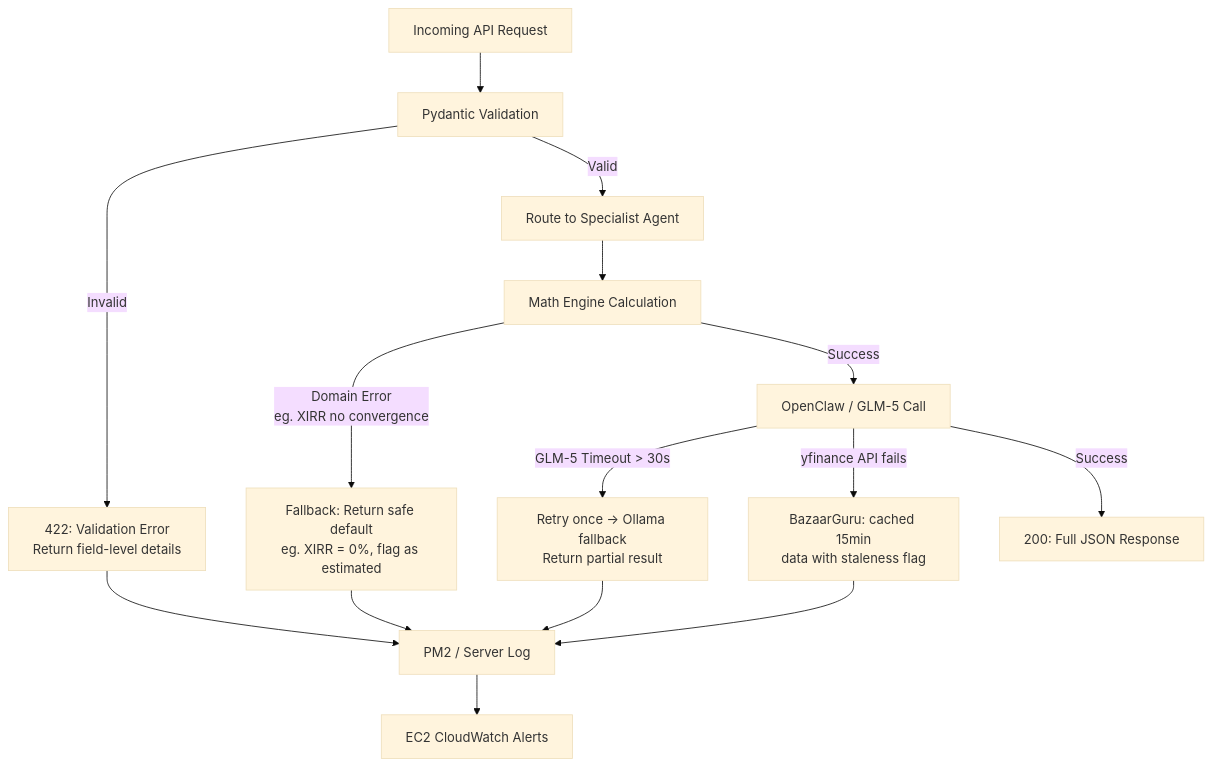
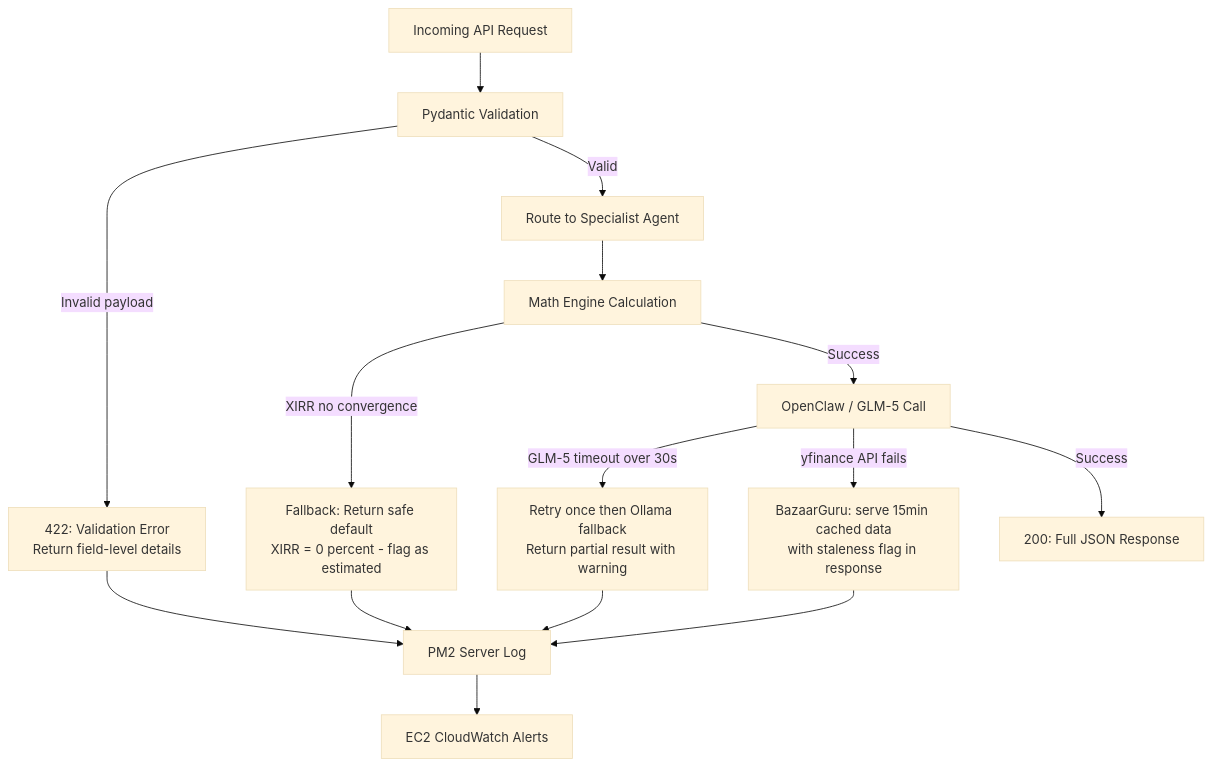
Before and after one commit to Devguru-codes/AI-Money-Mentor: the third of 4 diagrams in ARCHITECTURE_DOCUMENT.md, drawn with Mermaid (base theme). The commit also changed other lines of this file and 1 other file, not shown here.

Commit message:
fix: repair all Mermaid diagram syntax in ARCHITECTURE_DOCUMENT and IMPACT_MODEL

````diff
--- a/ARCHITECTURE_DOCUMENT.md
+++ b/ARCHITECTURE_DOCUMENT.md
@@ -116,17 +122,17 @@
 ```mermaid
 flowchart TD
     Request["Incoming API Request"] --> Validate["Pydantic Validation"]
-    Validate -->|"Invalid"| E1["422: Validation Error\nReturn field-level details"]
+    Validate -->|"Invalid payload"| E1["422: Validation Error<br/>Return field-level details"]
     Validate -->|"Valid"| Agent["Route to Specialist Agent"]
     Agent --> Math["Math Engine Calculation"]
-    Math -->|"Domain Error\neg. XIRR no convergence"| E2["Fallback: Return safe default\neg. XIRR = 0%, flag as estimated"]
+    Math -->|"XIRR no convergence"| E2["Fallback: Return safe default<br/>XIRR = 0 percent - flag as estimated"]
     Math -->|"Success"| LLM["OpenClaw / GLM-5 Call"]
-    LLM -->|"GLM-5 Timeout > 30s"| E3["Retry once → Ollama fallback\nReturn partial result"]
-    LLM -->|"yfinance API fails"| E4["BazaarGuru: cached 15min\ndata with staleness flag"]
+    LLM -->|"GLM-5 timeout over 30s"| E3["Retry once then Ollama fallback<br/>Return partial result with warning"]
+    LLM -->|"yfinance API fails"| E4["BazaarGuru: serve 15min cached data<br/>with staleness flag in response"]
     LLM -->|"Success"| Response["200: Full JSON Response"]
-    E1 --> Log["PM2 / Server Log"]
+    E1 --> Log["PM2 Server Log"]
     E2 --> Log
     E3 --> Log
     E4 --> Log
     Log --> Monitor["EC2 CloudWatch Alerts"]
 ```
````
